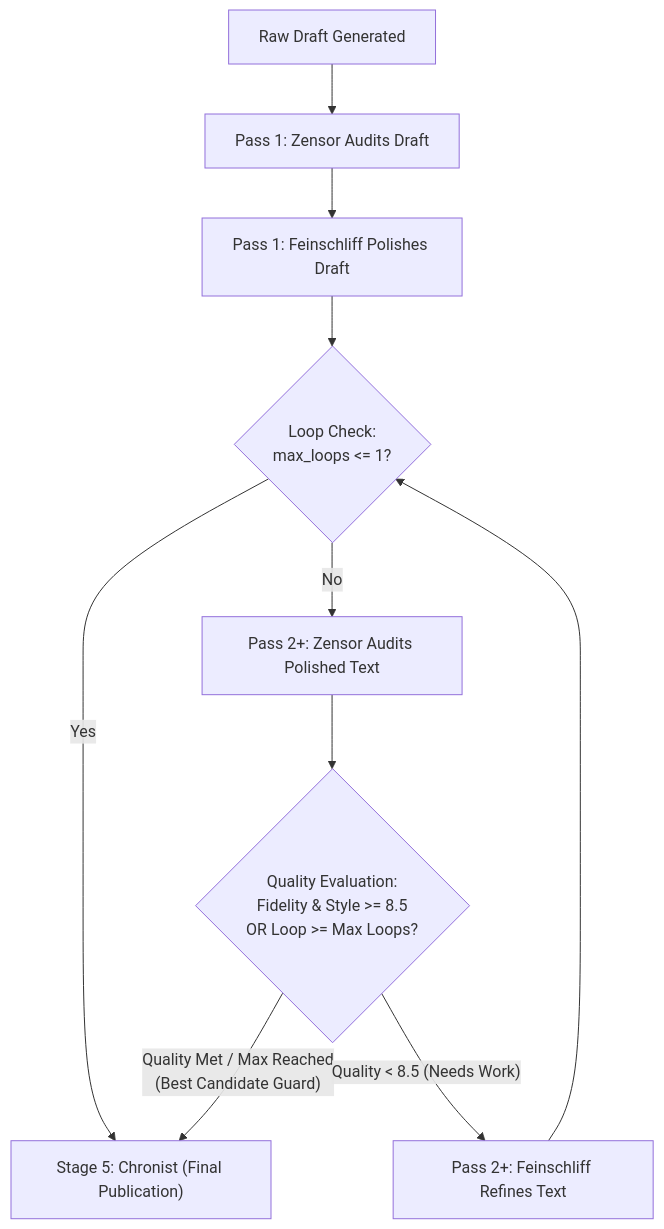
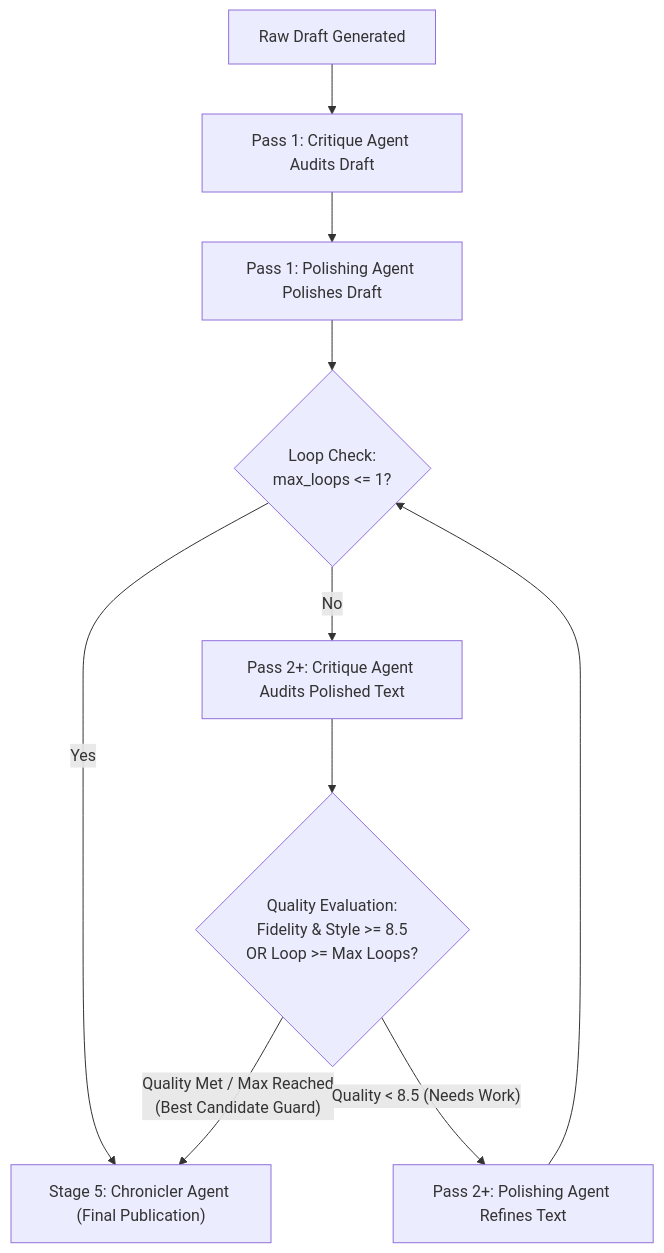
Before and after one commit to Checkmartyr/NouSetsu: the second of 3 diagrams in doc/workflow.md, drawn with Mermaid. The commit also changed other lines of this file and 29 other files, not shown here.

````diff
--- a/doc/workflow.md
+++ b/doc/workflow.md
@@ -343,14 +343,14 @@
 ```mermaid
 flowchart TD
-    Draft["Raw Draft Generated"] --> Critique1["Pass 1: Zensor Audits Draft"]
-    Critique1 --> Polish1["Pass 1: Feinschliff Polishes Draft"]
+    Draft["Raw Draft Generated"] --> Critique1["Pass 1: Critique Agent Audits Draft"]
+    Critique1 --> Polish1["Pass 1: Polishing Agent Polishes Draft"]
     
     Polish1 --> RoutePolish{"Loop Check:\nmax_loops <= 1?"}
-    RoutePolish -- Yes --> Chronicle["Stage 5: Chronist (Final Publication)"]
-    RoutePolish -- No --> Critique2["Pass 2+: Zensor Audits Polished Text"]
+    RoutePolish -- Yes --> Chronicle["Stage 5: Chronicler Agent (Final Publication)"]
+    RoutePolish -- No --> Critique2["Pass 2+: Critique Agent Audits Polished Text"]
     
     Critique2 --> CheckScore{"Quality Evaluation:\nFidelity & Style >= 8.5\nOR Loop >= Max Loops?"}
     CheckScore -- "Quality Met / Max Reached\n(Best Candidate Guard)" --> Chronicle
-    CheckScore -- "Quality < 8.5 (Needs Work)" --> Polish2["Pass 2+: Feinschliff Refines Text"]
+    CheckScore -- "Quality < 8.5 (Needs Work)" --> Polish2["Pass 2+: Polishing Agent Refines Text"]
     Polish2 --> RoutePolish
 ```
````
